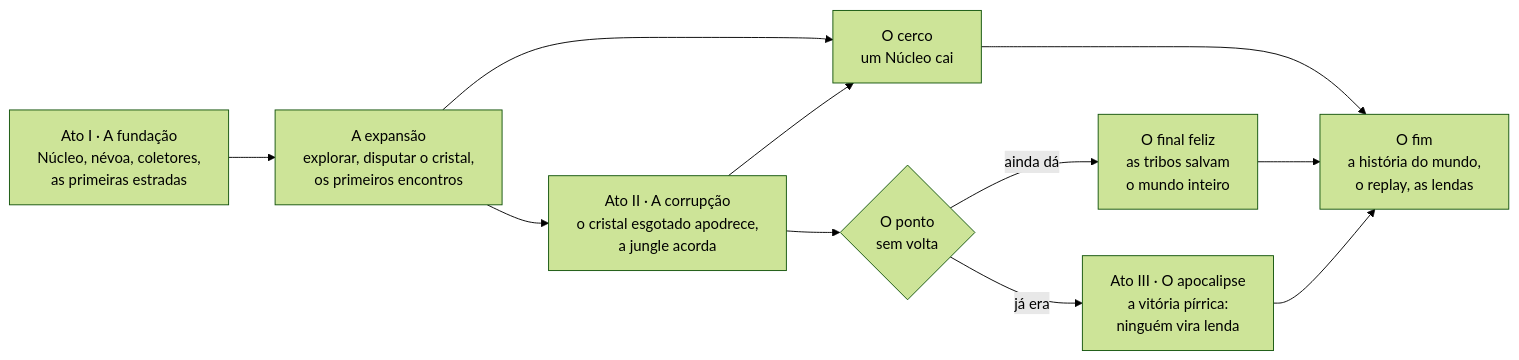
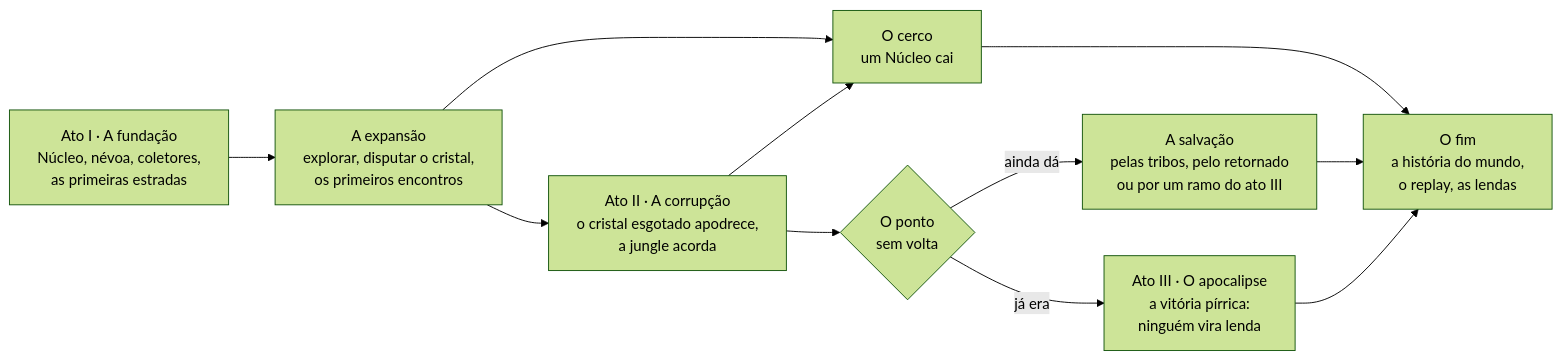
The first of 8 diagrams in docs/GAMEPLAY.md (eliasfeijo/geometrix), drawn with Mermaid (forest theme) before and after one commit. The commit also changed other lines of this file and 10 other files, not shown here.

````diff
--- a/docs/GAMEPLAY.md
+++ b/docs/GAMEPLAY.md
@@ -43,13 +43,13 @@
 ```mermaid
 flowchart LR
     F["Ato I · A fundação<br/>Núcleo, névoa, coletores,<br/>as primeiras estradas"] --> X["A expansão<br/>explorar, disputar o cristal,<br/>os primeiros encontros"]
     X --> C["Ato II · A corrupção<br/>o cristal esgotado apodrece,<br/>a jungle acorda"]
     C --> P{"O ponto<br/>sem volta"}
-    P -->|"ainda dá"| H["O final feliz<br/>as tribos salvam<br/>o mundo inteiro"]
+    P -->|"ainda dá"| H["A salvação<br/>pelas tribos, pelo retornado<br/>ou por um ramo do ato III"]
     P -->|"já era"| A["Ato III · O apocalipse<br/>a vitória pírrica:<br/>ninguém vira lenda"]
     X --> N["O cerco<br/>um Núcleo cai"]
     C --> N
     N --> E["O fim<br/>a história do mundo,<br/>o replay, as lendas"]
     H --> E
     A --> E
 ```
````
